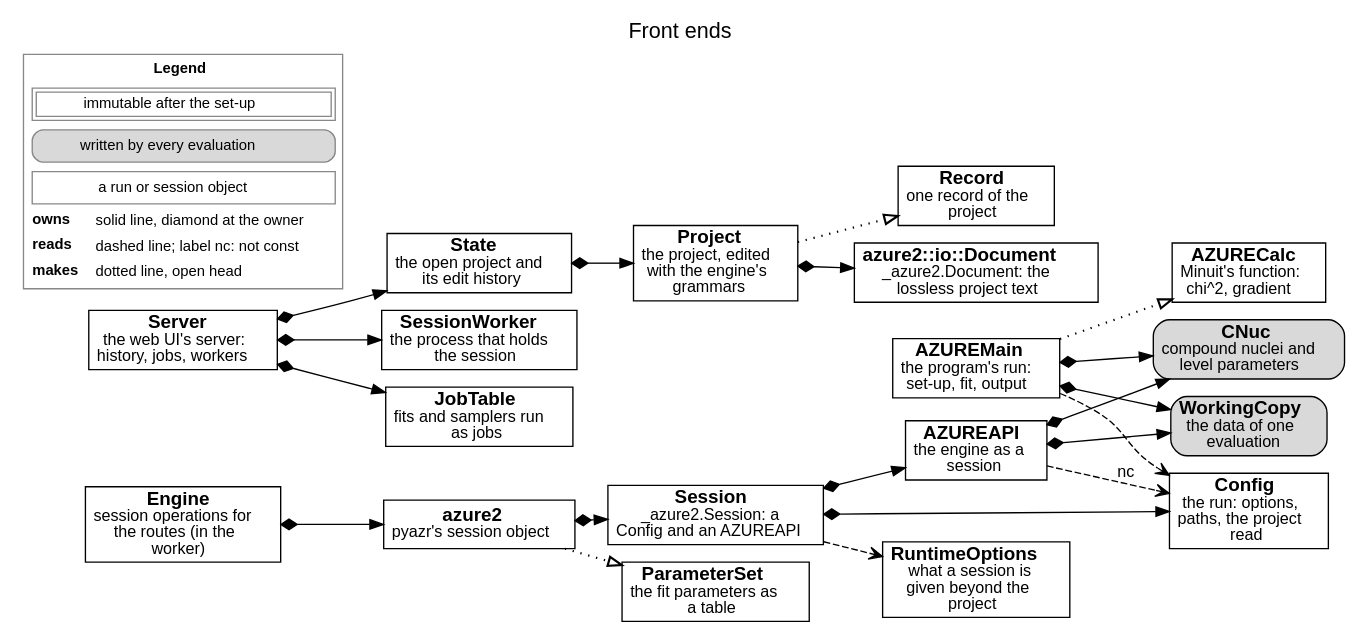
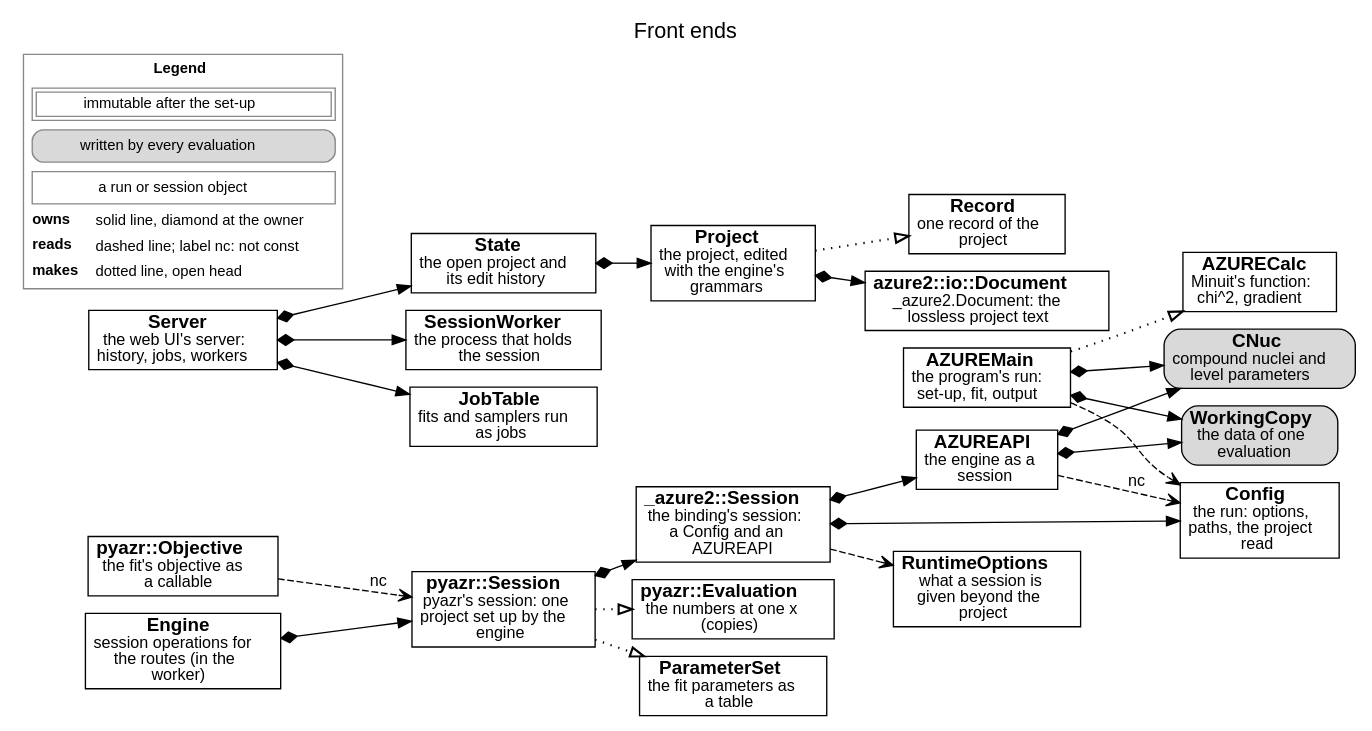
The diagram in docs/source/developer/figures/frontends.dot (AZURE2DEV/AZURE2), drawn with Graphviz before and after one commit. The commit also changed 200 other files, not shown here.

First line of the commit message:
pyazr: the session class is Session (pyazr/session.py), every engine call holds its lock

```diff
--- a/docs/source/developer/figures/frontends.dot
+++ b/docs/source/developer/figures/frontends.dot
@@ -1,43 +1,47 @@
 digraph frontends {
   graph [rankdir=LR, fontname="Helvetica", fontsize=16, labelloc=t, label="Front ends", nodesep=0.18, ranksep=0.3, newrank=true];
   node [fontname="Helvetica", fontsize=14, margin="0.08,0.04"];
   edge [fontname="Helvetica", fontsize=12];
   n_AZUREMain [label=<<b>AZUREMain</b><br/><font point-size="12">the program&#x27;s run:<br/>set-up, fit, output</font>>, shape=box, style="filled", fillcolor="white"];
   n_Config [label=<<b>Config</b><br/><font point-size="12">the run: options,<br/>paths, the project<br/>read</font>>, shape=box, style="filled", fillcolor="white"];
   n_CNuc [label=<<b>CNuc</b><br/><font point-size="12">compound nuclei and<br/>level parameters</font>>, shape=box, style="rounded,filled", fillcolor="#d9d9d9"];
   n_WorkingCopy [label=<<b>WorkingCopy</b><br/><font point-size="12">the data of one<br/>evaluation</font>>, shape=box, style="rounded,filled", fillcolor="#d9d9d9"];
   n_AZURECalc [label=<<b>AZURECalc</b><br/><font point-size="12">Minuit&#x27;s function:<br/>chi^2, gradient</font>>, shape=box, style="filled", fillcolor="white"];
   n_AZUREAPI [label=<<b>AZUREAPI</b><br/><font point-size="12">the engine as a<br/>session</font>>, shape=box, style="filled", fillcolor="white"];
-  n_Session [label=<<b>Session</b><br/><font point-size="12">_azure2.Session: a<br/>Config and an AZUREAPI</font>>, shape=box, style="filled", fillcolor="white"];
+  n__azure2__Session [label=<<b>_azure2::Session</b><br/><font point-size="12">the binding&#x27;s session:<br/>a Config and an<br/>AZUREAPI</font>>, shape=box, style="filled", fillcolor="white"];
   n_RuntimeOptions [label=<<b>RuntimeOptions</b><br/><font point-size="12">what a session is<br/>given beyond the<br/>project</font>>, shape=box, style="filled", fillcolor="white"];
-  n_azure2 [label=<<b>azure2</b><br/><font point-size="12">pyazr&#x27;s session object</font>>, shape=box, style="filled", fillcolor="white"];
+  n_pyazr__Session [label=<<b>pyazr::Session</b><br/><font point-size="12">pyazr&#x27;s session: one<br/>project set up by the<br/>engine</font>>, shape=box, style="filled", fillcolor="white"];
+  n_pyazr__Objective [label=<<b>pyazr::Objective</b><br/><font point-size="12">the fit&#x27;s objective as<br/>a callable</font>>, shape=box, style="filled", fillcolor="white"];
+  n_pyazr__Evaluation [label=<<b>pyazr::Evaluation</b><br/><font point-size="12">the numbers at one x<br/>(copies)</font>>, shape=box, style="filled", fillcolor="white"];
   n_ParameterSet [label=<<b>ParameterSet</b><br/><font point-size="12">the fit parameters as<br/>a table</font>>, shape=box, style="filled", fillcolor="white"];
   n_Project [label=<<b>Project</b><br/><font point-size="12">the project, edited<br/>with the engine&#x27;s<br/>grammars</font>>, shape=box, style="filled", fillcolor="white"];
   n_Record [label=<<b>Record</b><br/><font point-size="12">one record of the<br/>project</font>>, shape=box, style="filled", fillcolor="white"];
   n_azure2__io__Document [label=<<b>azure2::io::Document</b><br/><font point-size="12">_azure2.Document: the<br/>lossless project text</font>>, shape=box, style="filled", fillcolor="white"];
   n_Server [label=<<b>Server</b><br/><font point-size="12">the web UI&#x27;s server:<br/>history, jobs, workers</font>>, shape=box, style="filled", fillcolor="white"];
   n_State [label=<<b>State</b><br/><font point-size="12">the open project and<br/>its edit history</font>>, shape=box, style="filled", fillcolor="white"];
   n_SessionWorker [label=<<b>SessionWorker</b><br/><font point-size="12">the process that holds<br/>the session</font>>, shape=box, style="filled", fillcolor="white"];
   n_Engine [label=<<b>Engine</b><br/><font point-size="12">session operations for<br/>the routes (in the<br/>worker)</font>>, shape=box, style="filled", fillcolor="white"];
   n_JobTable [label=<<b>JobTable</b><br/><font point-size="12">fits and samplers run<br/>as jobs</font>>, shape=box, style="filled", fillcolor="white"];
   n_AZUREMain -> n_Config [style=dashed, arrowhead=vee];
   n_AZUREMain -> n_CNuc [style=solid, dir=both, arrowtail=diamond, arrowhead=normal];
   n_AZUREMain -> n_WorkingCopy [style=solid, dir=both, arrowtail=diamond, arrowhead=normal];
   n_AZUREMain -> n_AZURECalc [style=dotted, penwidth=1.6, arrowhead=empty];
   n_AZUREAPI -> n_Config [style=dashed, arrowhead=vee, label=" nc"];
   n_AZUREAPI -> n_CNuc [style=solid, dir=both, arrowtail=diamond, arrowhead=normal];
   n_AZUREAPI -> n_WorkingCopy [style=solid, dir=both, arrowtail=diamond, arrowhead=normal];
-  n_Session -> n_Config [style=solid, dir=both, arrowtail=diamond, arrowhead=normal];
-  n_Session -> n_AZUREAPI [style=solid, dir=both, arrowtail=diamond, arrowhead=normal];
-  n_Session -> n_RuntimeOptions [style=dashed, arrowhead=vee];
-  n_azure2 -> n_Session [style=solid, dir=both, arrowtail=diamond, arrowhead=normal];
-  n_azure2 -> n_ParameterSet [style=dotted, penwidth=1.6, arrowhead=empty];
+  n__azure2__Session -> n_Config [style=solid, dir=both, arrowtail=diamond, arrowhead=normal];
+  n__azure2__Session -> n_AZUREAPI [style=solid, dir=both, arrowtail=diamond, arrowhead=normal];
+  n__azure2__Session -> n_RuntimeOptions [style=dashed, arrowhead=vee];
+  n_pyazr__Session -> n__azure2__Session [style=solid, dir=both, arrowtail=diamond, arrowhead=normal];
+  n_pyazr__Session -> n_ParameterSet [style=dotted, penwidth=1.6, arrowhead=empty];
+  n_pyazr__Objective -> n_pyazr__Session [style=dashed, arrowhead=vee, label=" nc"];
+  n_pyazr__Session -> n_pyazr__Evaluation [style=dotted, penwidth=1.6, arrowhead=empty];
   n_Project -> n_azure2__io__Document [style=solid, dir=both, arrowtail=diamond, arrowhead=normal];
   n_Project -> n_Record [style=dotted, penwidth=1.6, arrowhead=empty];
   n_State -> n_Project [style=solid, dir=both, arrowtail=diamond, arrowhead=normal];
   n_Server -> n_State [style=solid, dir=both, arrowtail=diamond, arrowhead=normal];
   n_Server -> n_SessionWorker [style=solid, dir=both, arrowtail=diamond, arrowhead=normal];
   n_Server -> n_JobTable [style=solid, dir=both, arrowtail=diamond, arrowhead=normal];
-  n_Engine -> n_azure2 [style=solid, dir=both, arrowtail=diamond, arrowhead=normal];
+  n_Engine -> n_pyazr__Session [style=solid, dir=both, arrowtail=diamond, arrowhead=normal];
   legend [shape=plaintext, fontsize=11, label=<<TABLE BORDER="1" CELLBORDER="0" CELLSPACING="3" COLOR="#888888"><TR><TD COLSPAN="2"><B>Legend</B></TD></TR><TR><TD COLSPAN="2"><TABLE BORDER="1" CELLBORDER="1" CELLSPACING="2" CELLPADDING="2"><TR><TD>immutable after the set-up</TD></TR></TABLE></TD></TR><TR><TD COLSPAN="2"><TABLE BORDER="1" CELLBORDER="0" CELLPADDING="3" STYLE="rounded" BGCOLOR="#d9d9d9"><TR><TD>written by every evaluation</TD></TR></TABLE></TD></TR><TR><TD COLSPAN="2"><TABLE BORDER="1" CELLBORDER="0" CELLPADDING="3" ><TR><TD>a run or session object</TD></TR></TABLE></TD></TR><TR><TD ALIGN="LEFT"><B>owns</B></TD><TD ALIGN="LEFT">solid line, diamond at the owner</TD></TR><TR><TD ALIGN="LEFT"><B>reads</B></TD><TD ALIGN="LEFT">dashed line; label nc: not const</TD></TR><TR><TD ALIGN="LEFT"><B>makes</B></TD><TD ALIGN="LEFT">dotted line, open head</TD></TR></TABLE>>];
 }
```
